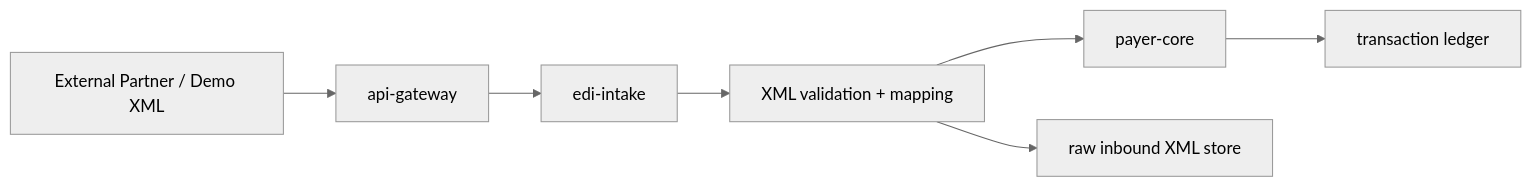
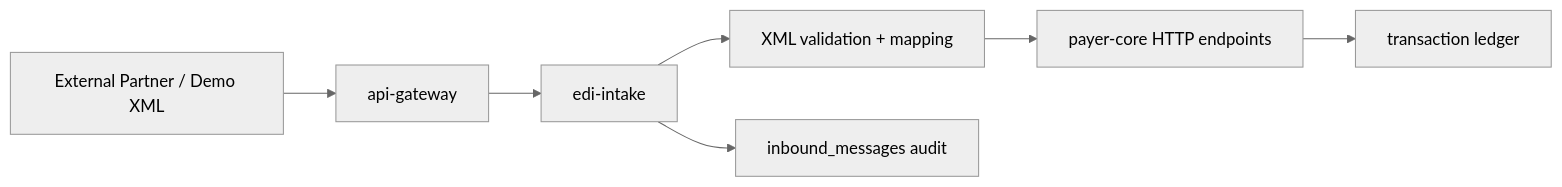
The diagram in docs/future-enhancements.md (orieken/adventure-society-health-network), drawn with Mermaid (neutral theme) before and after one commit. The commit also changed other lines of this file and 21 other files, not shown here.

````diff
--- a/docs/future-enhancements.md
+++ b/docs/future-enhancements.md
@@ -31,9 +31,9 @@
 ```mermaid
 flowchart LR
     External["External Partner / Demo XML"] --> Gateway["api-gateway"]
     Gateway --> Intake["edi-intake"]
     Intake --> Validation["XML validation + mapping"]
-    Validation --> Payer["payer-core"]
-    Validation --> Audit["raw inbound XML store"]
+    Intake --> Audit["inbound_messages audit"]
+    Validation --> Payer["payer-core HTTP endpoints"]
     Payer --> Ledger["transaction ledger"]
 ```
````
